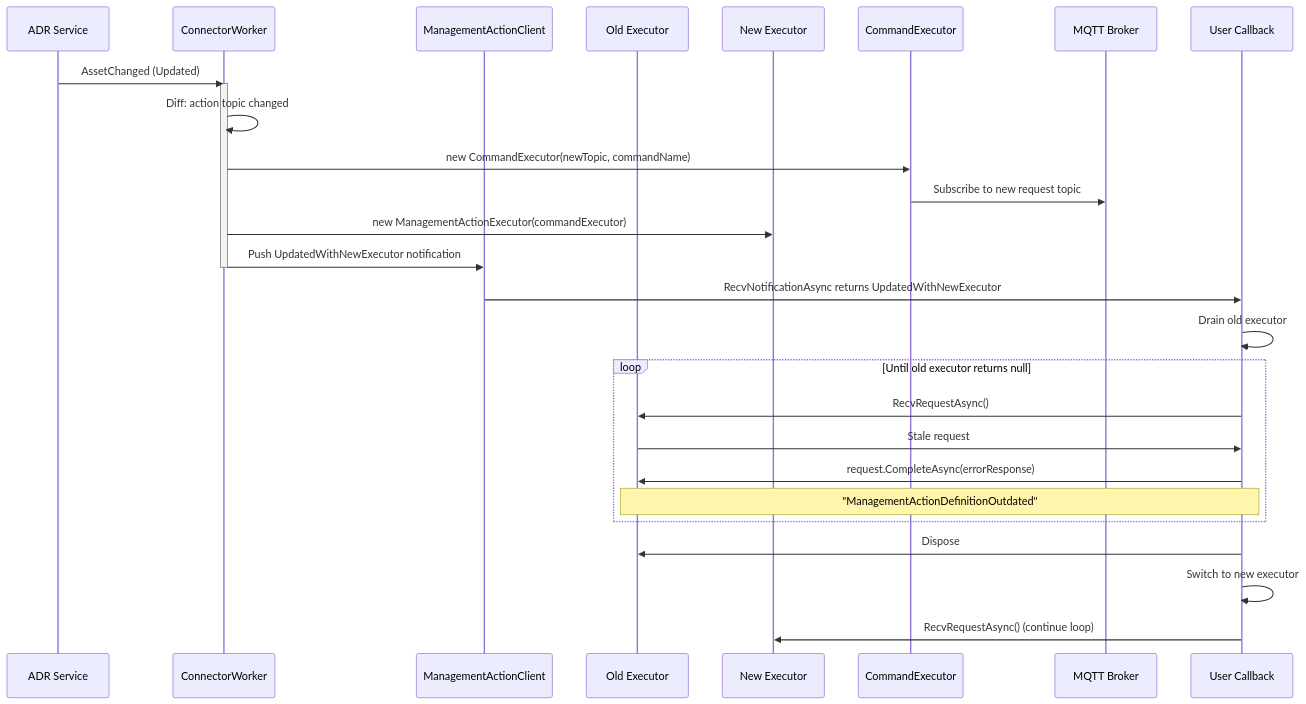
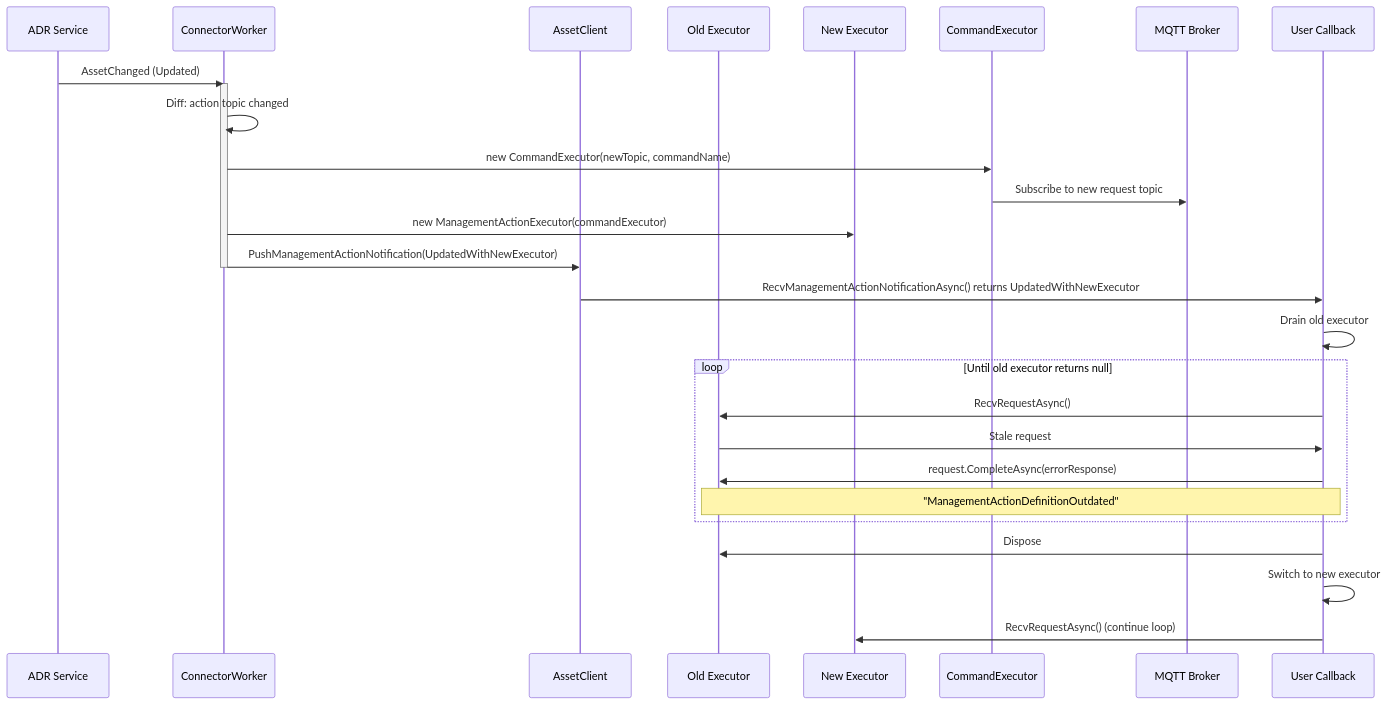
Before and after one commit to Azure/iot-operations-sdks: the seventh of 10 diagrams in doc/dev/tmp/management-action-implementation-design.md, drawn with Mermaid. The commit also changed other lines of this file and 2 other files, not shown here.

Commit message:
Refactor management action support in .NET SDK

````diff
--- a/doc/dev/tmp/management-action-implementation-design.md
+++ b/doc/dev/tmp/management-action-implementation-design.md
@@ -786,35 +720,35 @@
 ```mermaid
 sequenceDiagram
     participant ADR as ADR Service
     participant CW as ConnectorWorker
-    participant MAC as ManagementActionClient
+    participant AC as AssetClient
     participant MAE_old as Old Executor
     participant MAE_new as New Executor
     participant CE as CommandExecutor
     participant MQTT as MQTT Broker
     participant User as User Callback
 
     ADR->>CW: AssetChanged (Updated)
     activate CW
     CW->>CW: Diff: action topic changed
 
     CW->>CE: new CommandExecutor(newTopic, commandName)
     CE->>MQTT: Subscribe to new request topic
     CW->>MAE_new: new ManagementActionExecutor(commandExecutor)
 
-    CW->>MAC: Push UpdatedWithNewExecutor notification
+    CW->>AC: PushManagementActionNotification(UpdatedWithNewExecutor)
     deactivate CW
-    MAC->>User: RecvNotificationAsync returns UpdatedWithNewExecutor
+    AC->>User: RecvManagementActionNotificationAsync() returns UpdatedWithNewExecutor
 
     User->>User: Drain old executor
     loop Until old executor returns null
         User->>MAE_old: RecvRequestAsync()
         MAE_old->>User: Stale request
         User->>MAE_old: request.CompleteAsync(errorResponse)
         Note over User,MAE_old: "ManagementActionDefinitionOutdated"
     end
     User->>MAE_old: Dispose
 
     User->>User: Switch to new executor
     User->>MAE_new: RecvRequestAsync() (continue loop)
 ```
````
